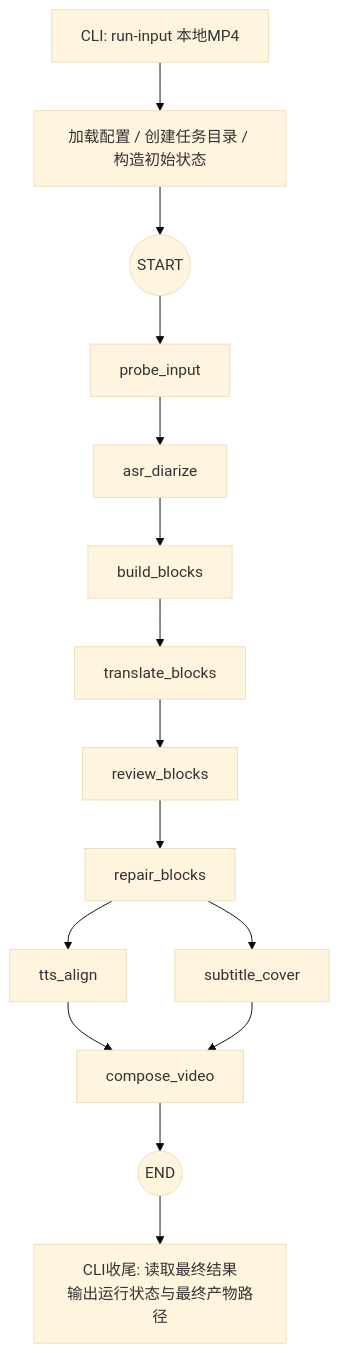
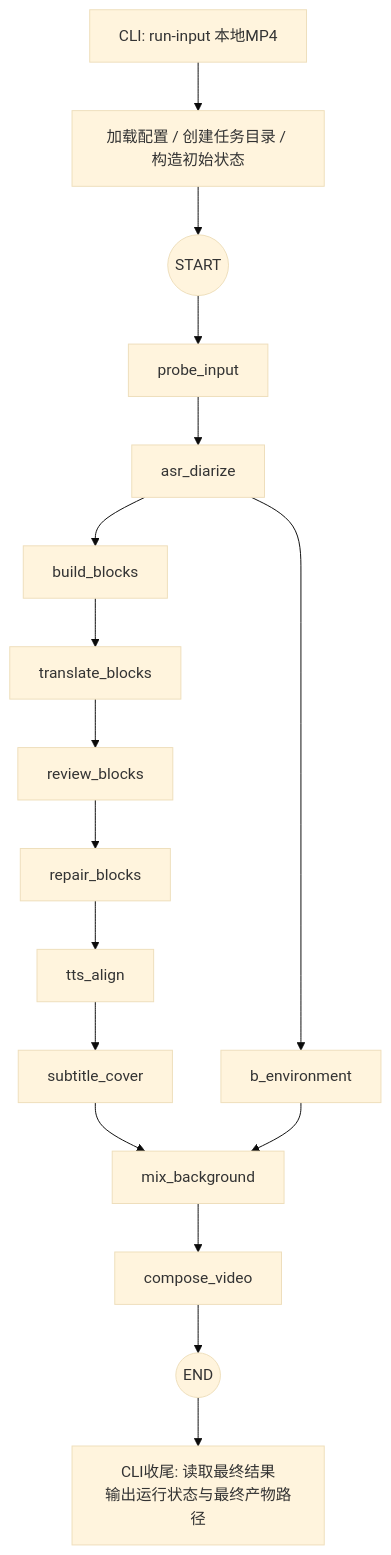
One commit to AchiDilyar/english-video-localizer changed the diagram in docs/design/workflow.md. Above: the diagram before and after it, drawn with Mermaid (base theme). The commit also changed other lines of this file and 10 other files, not shown here.

First line of the commit message:
feat(graph): 新增 b_environment 与 mix_background 增量节点

````diff
--- a/docs/design/workflow.md
+++ b/docs/design/workflow.md
@@ -94,22 +96,24 @@
 ```mermaid
 flowchart TD
     CLI[CLI: run-input 本地MP4] --> INIT[加载配置 / 创建任务目录 / 构造初始状态]
     INIT --> START((START))
 
     START --> N1[probe_input]
     N1 --> N2[asr_diarize]
+    N2 --> N2B[b_environment]
     N2 --> N3[build_blocks]
     N3 --> N4[translate_blocks]
     N4 --> N5[review_blocks]
 
     N5 --> N5B[repair_blocks]
     N5B --> N6[tts_align]
-    N5B --> N8[subtitle_cover]
+    N6 --> N8[subtitle_cover]
 
-    N6 --> N9[compose_video]
-    N8 --> N9
+    N8 --> N8B[mix_background]
+    N2B --> N8B
+    N8B --> N9[compose_video]
 
     N9 --> END((END))
 
     END --> OUT[CLI收尾: 读取最终结果<br/>输出运行状态与最终产物路径]
 ```
````
